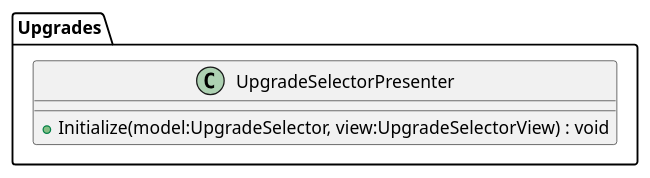
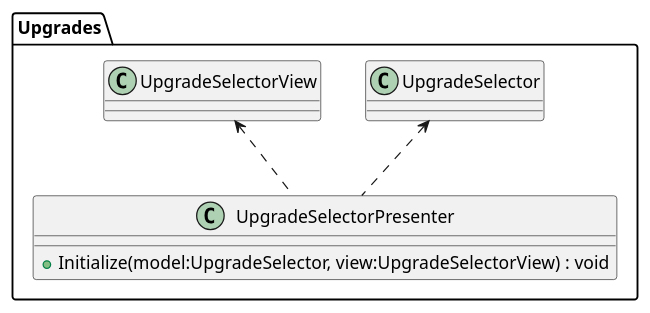
The diagram in plantuml/target/Upgrade/UpgradeSelectorPresenter.puml (asterisk-cn/RougueShooter), drawn with PlantUML before and after one commit. The commit also changed 26 other files, not shown here.

```diff
--- a/plantuml/target/Upgrade/UpgradeSelectorPresenter.puml
+++ b/plantuml/target/Upgrade/UpgradeSelectorPresenter.puml
@@ -1,7 +1,9 @@
 @startuml
 namespace Upgrades{
 class UpgradeSelectorPresenter {
     + Initialize(model:UpgradeSelector, view:UpgradeSelectorView) : void
 }
 }
+Upgrades.UpgradeSelector <.. UpgradeSelectorPresenter
+Upgrades.UpgradeSelectorView <.. UpgradeSelectorPresenter
 @enduml
```
